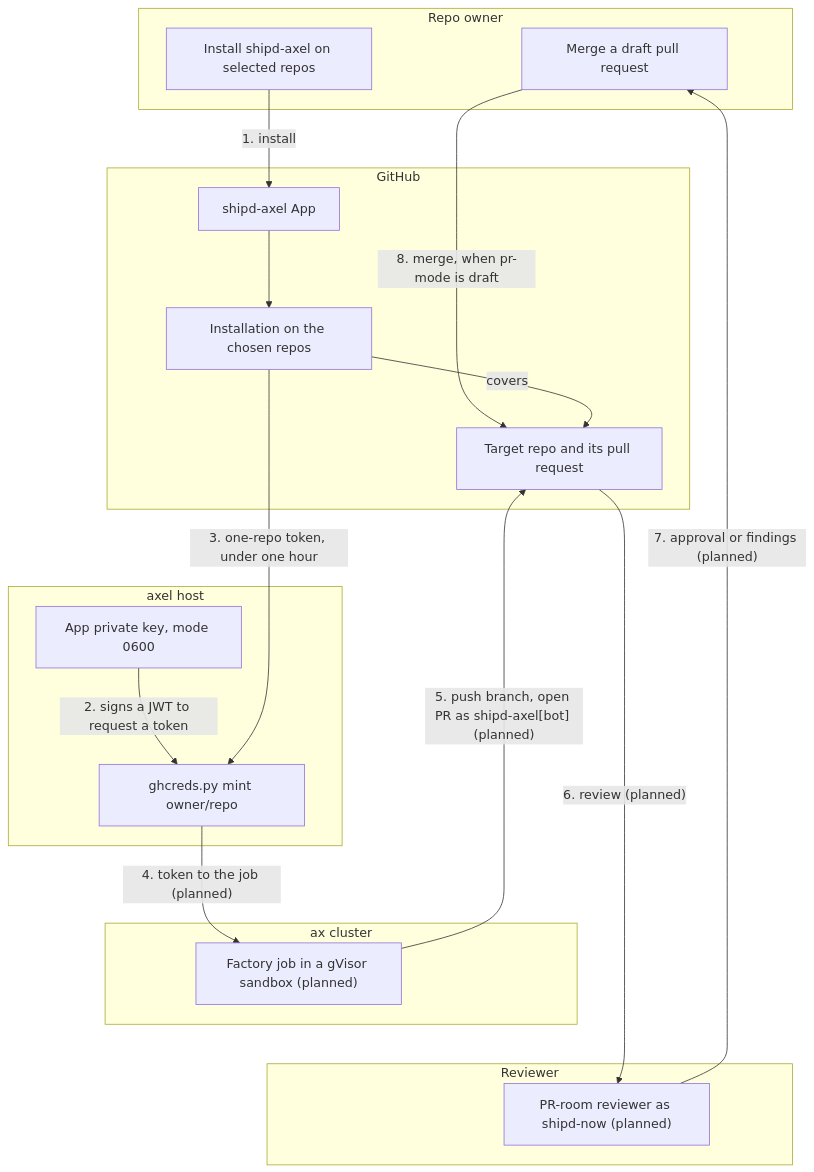
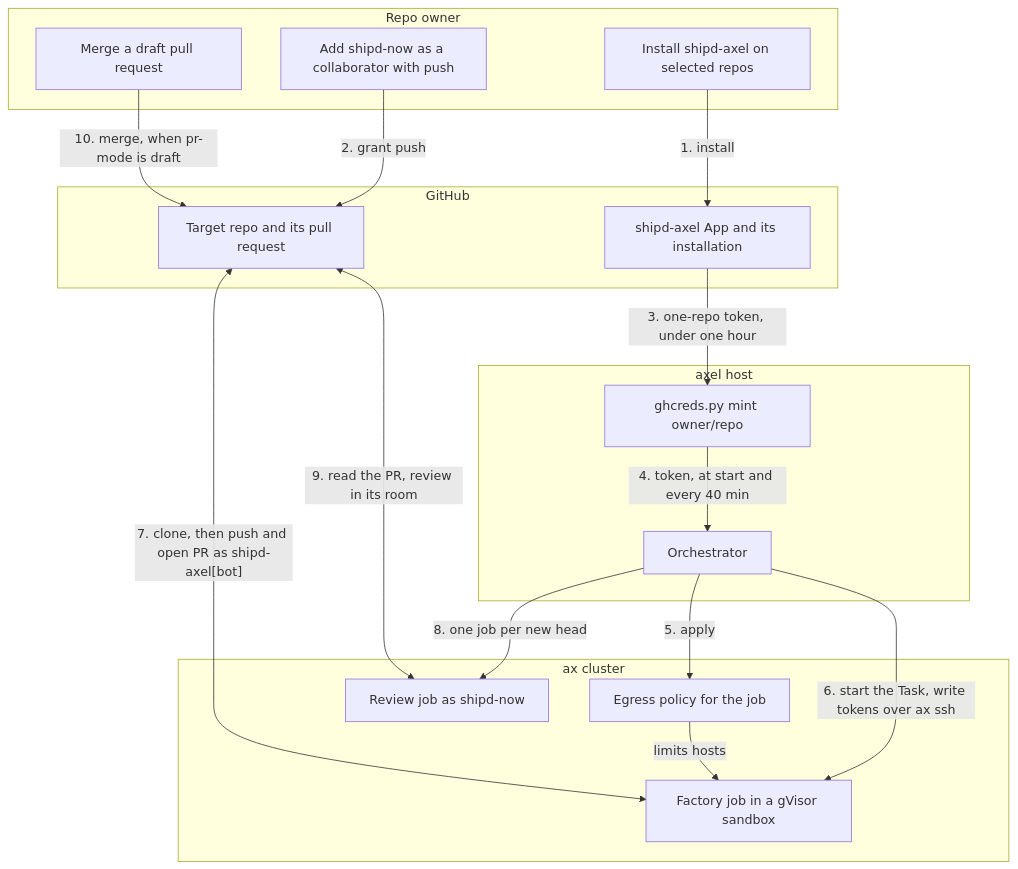
One commit to shipd-now/shipd changed the diagram in docs/shipd-axel.md. Above: the diagram before and after it, drawn with Mermaid. The commit also changed other lines of this file and 3 other files, not shown here.

First line of the commit message:
☕ Describe the live factory on the shipd-axel page

````diff
--- a/docs/shipd-axel.md
+++ b/docs/shipd-axel.md
@@ -51,34 +17,32 @@
 ```mermaid
 flowchart TD
     subgraph LOwner [Repo owner]
-        O2["Merge a draft pull request"]
         O1["Install shipd-axel on selected repos"]
+        O2["Add shipd-now as a collaborator with push"]
+        O3["Merge a draft pull request"]
     end
     subgraph LGitHub [GitHub]
-        G1["shipd-axel App"]
-        G2["Installation on the chosen repos"]
-        G3["Target repo and its pull request"]
+        G1["shipd-axel App and its installation"]
+        G2["Target repo and its pull request"]
     end
     subgraph LHost [axel host]
-        H1["App private key, mode 0600"]
-        H2["ghcreds.py mint owner/repo"]
+        H1["ghcreds.py mint owner/repo"]
+        H2["Orchestrator"]
     end
     subgraph LCluster [ax cluster]
-        C1["Factory job in a gVisor sandbox (planned)"]
+        C1["Egress policy for the job"]
+        C2["Factory job in a gVisor sandbox"]
+        C3["Review job as shipd-now"]
     end
-    subgraph LReviewer [Reviewer]
-        R1["PR-room reviewer as shipd-now (planned)"]
-    end
-    O2 -->|"8. merge, when pr-mode is draft"| G3
     O1 -->|"1. install"| G1
-    G1 --> G2
-    G2 -->|"covers"| G3
-    G3 ~~~ H1
-    H1 -->|"2. signs a JWT to request a token"| H2
-    G2 -->|"3. one-repo token, under one hour"| H2
-    H2 -->|"4. token to the job (planned)"| C1
-    C1 -->|"5. push branch, open PR as shipd-axel[bot] (planned)"| G3
-    C1 ~~~ R1
-    G3 -->|"6. review (planned)"| R1
-    R1 -->|"7. approval or findings (planned)"| O2
+    O2 -->|"2. grant push"| G2
+    O3 -->|"10. merge, when pr-mode is draft"| G2
+    G1 -->|"3. one-repo token, under one hour"| H1
+    H1 -->|"4. token, at start and every 40 min"| H2
+    H2 -->|"5. apply"| C1
+    H2 -->|"6. start the Task, write tokens over ax ssh"| C2
+    C1 -->|"limits hosts"| C2
+    H2 -->|"8. one job per new head"| C3
+    G2 <-->|"7. clone, then push and open PR as shipd-axel[bot]"| C2
+    G2 <-->|"9. read the PR, review in its room"| C3
 ```
````
